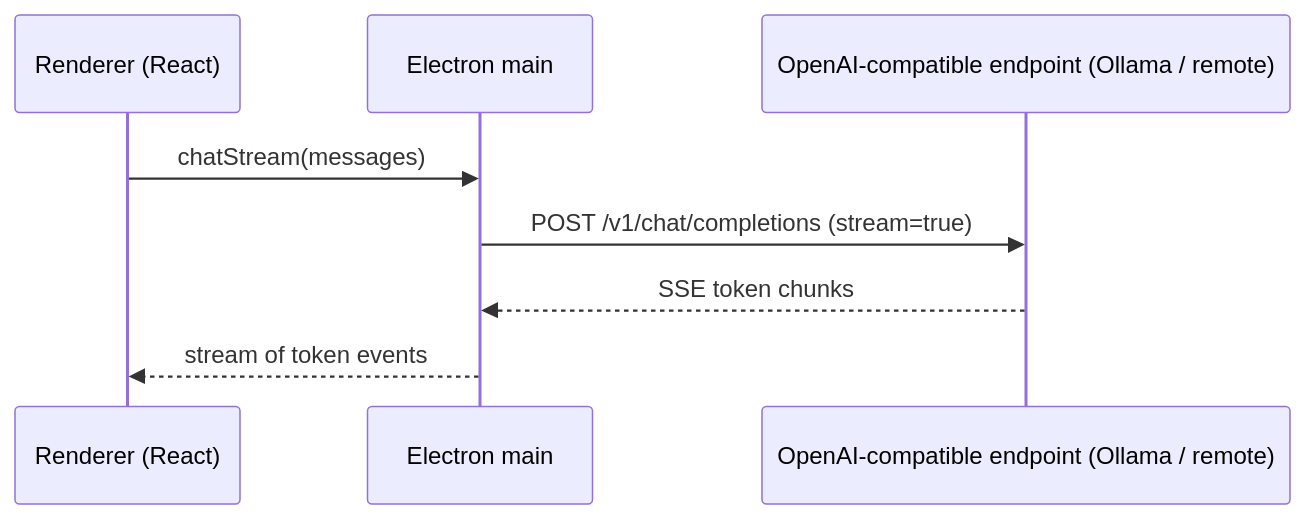
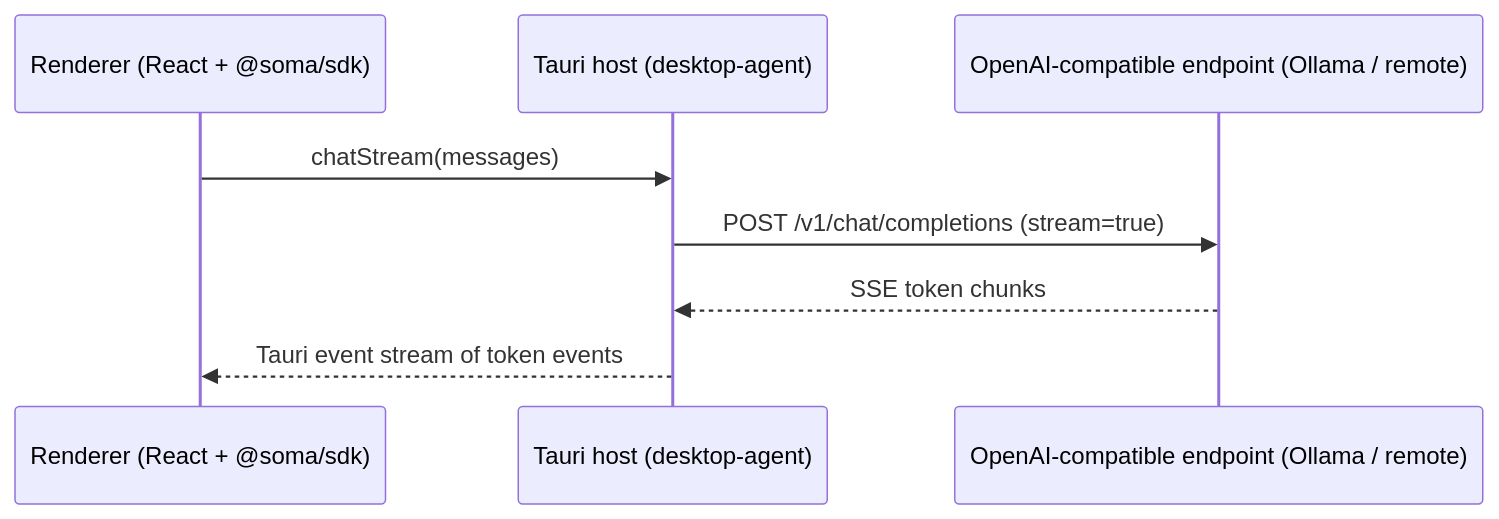
The fourth of 4 diagrams in docs/src/architecture/e2e-flows.md (stephane-segning/soma), drawn with Mermaid before and after one commit. The commit also changed other lines of this file and 27 other files, not shown here.

First line of the commit message:
docs: refresh current-state pages for the Tauri desktop reality (#147)

````diff
--- a/docs/src/architecture/e2e-flows.md
+++ b/docs/src/architecture/e2e-flows.md
@@ -117,11 +119,11 @@
 ```mermaid
 sequenceDiagram
-  participant R as Renderer (React)
-  participant M as Electron main
+  participant R as Renderer (React + @soma/sdk)
+  participant M as Tauri host (desktop-agent)
   participant P as OpenAI-compatible endpoint (Ollama / remote)
 
   R->>M: chatStream(messages)
   M->>P: POST /v1/chat/completions (stream=true)
   P-->>M: SSE token chunks
-  M-->>R: stream of token events
+  M-->>R: Tauri event stream of token events
 ```
````
